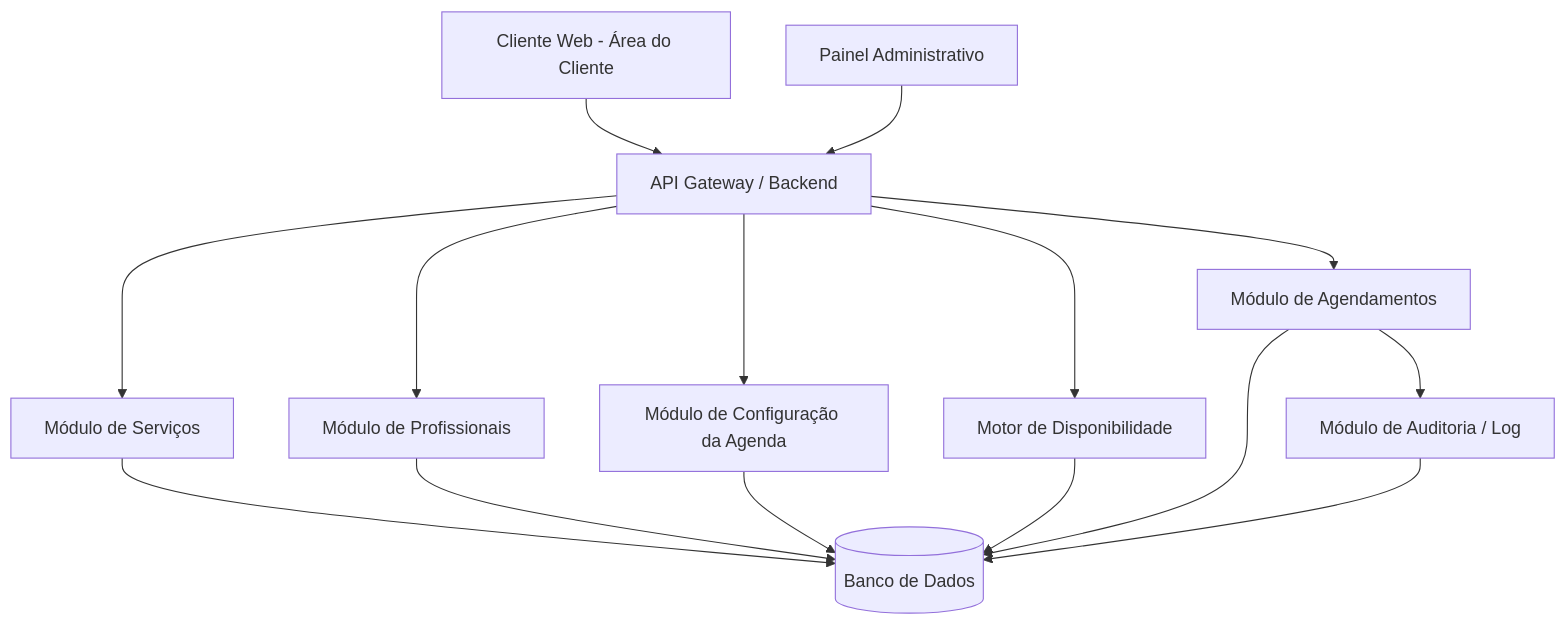
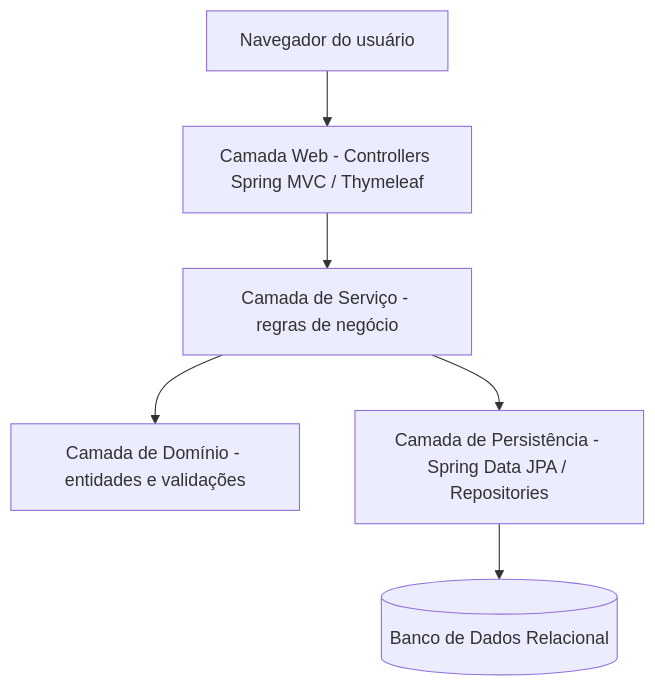
Before and after one commit to dg-2025/Java-Agenda-Flow: the first of 2 diagrams in README.md, drawn with Mermaid. The commit also changed other lines of this file, not shown here.

````diff
--- a/README.md
+++ b/README.md
@@ -329,17 +464,8 @@
 ```mermaid
 flowchart TD
-    A[Cliente Web - Área do Cliente] --> B[API Gateway / Backend]
-    C[Painel Administrativo] --> B
-    B --> D[Módulo de Serviços]
-    B --> E[Módulo de Profissionais]
-    B --> F[Módulo de Configuração da Agenda]
-    B --> G[Motor de Disponibilidade]
-    B --> H[Módulo de Agendamentos]
-    D --> I[(Banco de Dados)]
-    E --> I
-    F --> I
-    G --> I
-    H --> I
-    H --> J[Módulo de Auditoria / Log]
-    J --> I
+    A[Navegador do usuário] --> B[Camada Web - Controllers Spring MVC / Thymeleaf]
+    B --> C[Camada de Serviço - regras de negócio]
+    C --> D[Camada de Domínio - entidades e validações]
+    C --> E[Camada de Persistência - Spring Data JPA / Repositories]
+    E --> F[(Banco de Dados Relacional)]
 ```
````
